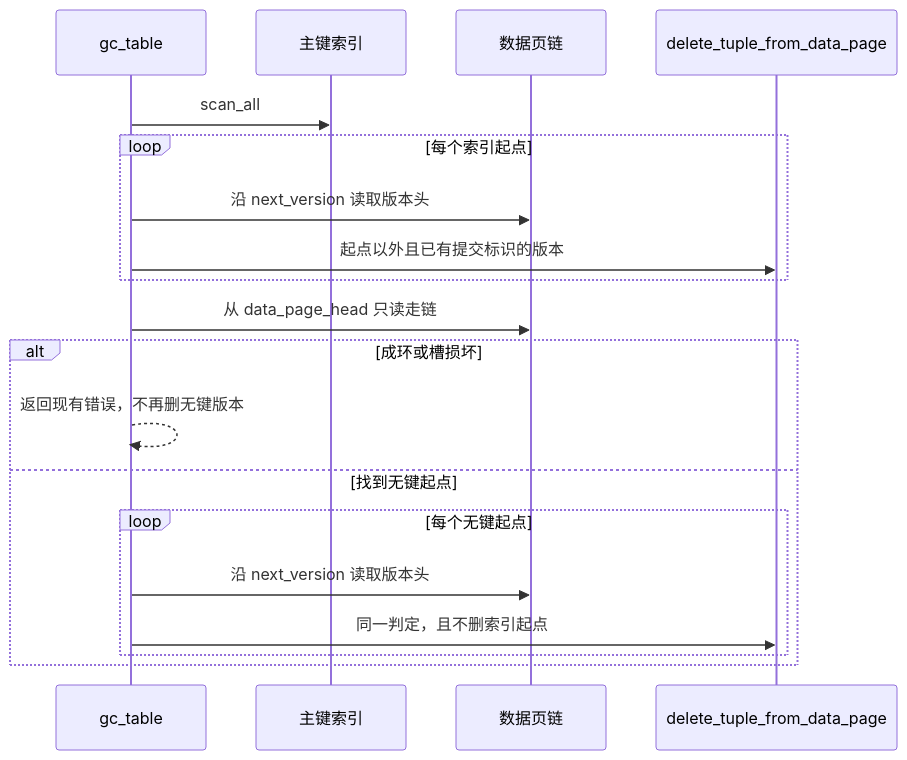
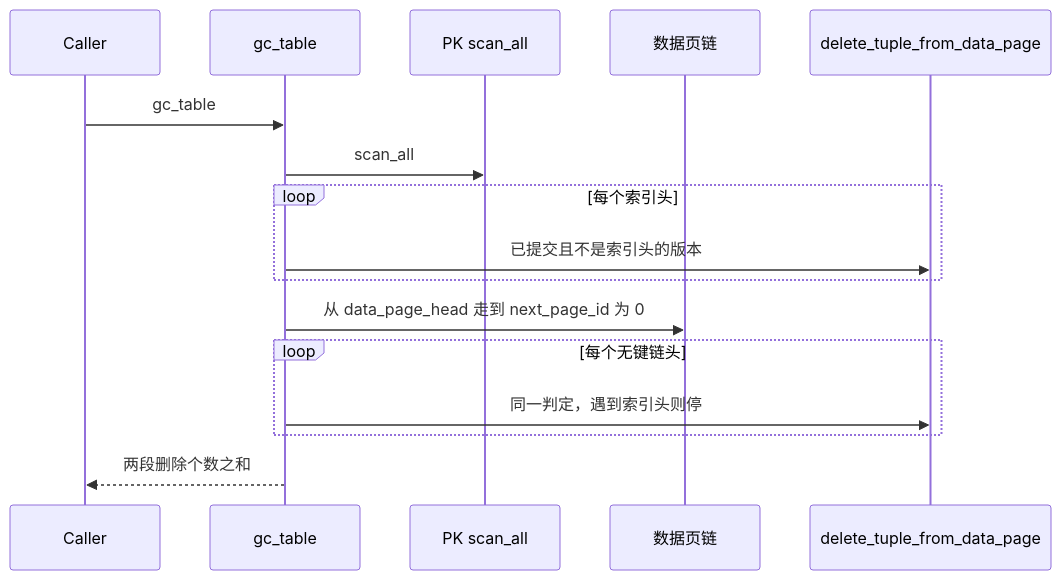
The diagram in openspec/changes/2026-11-10-ms46-keyless-row-gc/design.md (daivy2333/RTsql), drawn with Mermaid before and after one commit. The commit also changed other lines of this file and 6 other files, not shown here.

````diff
--- a/openspec/changes/2026-11-10-ms46-keyless-row-gc/design.md
+++ b/openspec/changes/2026-11-10-ms46-keyless-row-gc/design.md
@@ -55,21 +69,18 @@
 ```mermaid
 sequenceDiagram
-  participant GC as gc_table
-  participant IX as 主键索引
-  participant PG as 数据页链
-  participant DEL as delete_tuple_from_data_page
-  GC->>IX: scan_all
-  loop 每个索引起点
-    GC->>PG: 沿 next_version 读取版本头
-    GC->>DEL: 起点以外且已有提交标识的版本
-  end
-  GC->>PG: 从 data_page_head 只读走链
-  alt 成环或槽损坏
-    GC-->>GC: 返回现有错误，不再删无键版本
-  else 找到无键起点
-    loop 每个无键起点
-      GC->>PG: 沿 next_version 读取版本头
-      GC->>DEL: 同一判定，且不删索引起点
+    participant Caller
+    participant Gc as gc_table
+    participant Index as PK scan_all
+    participant Pages as 数据页链
+    participant Del as delete_tuple_from_data_page
+    Caller->>Gc: gc_table
+    Gc->>Index: scan_all
+    loop 每个索引头
+        Gc->>Del: 已提交且不是索引头的版本
     end
-  end
+    Gc->>Pages: 从 data_page_head 走到 next_page_id 为 0
+    loop 每个无键链头
+        Gc->>Del: 同一判定，遇到索引头则停
+    end
+    Gc-->>Caller: 两段删除个数之和
 ```
````
